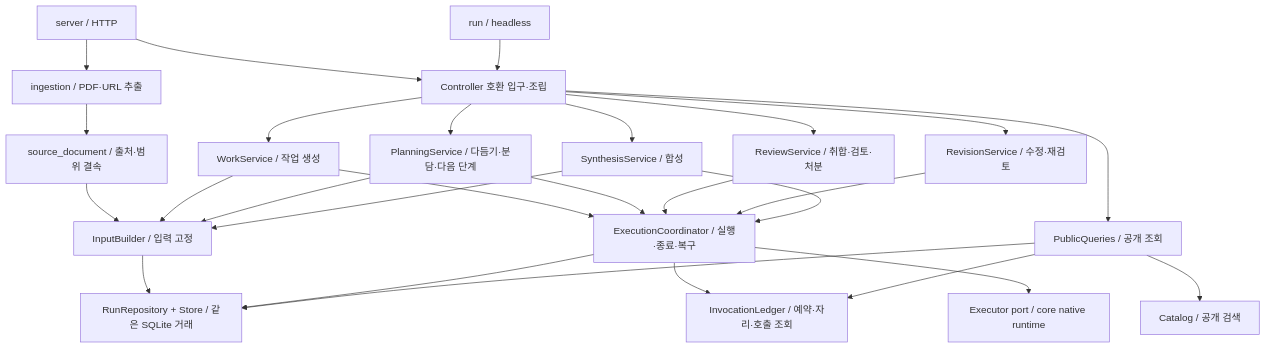
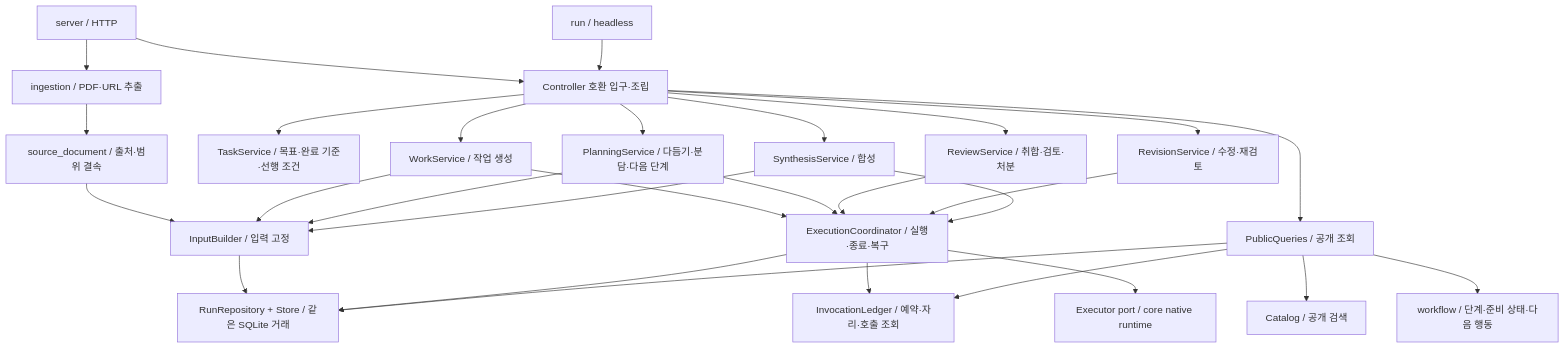
The diagram in app/ARCHITECTURE.md (inlight37-design/decision-model_lab), drawn with Mermaid before and after one commit. The commit also changed other lines of this file and 23 other files, not shown here.

````diff
--- a/app/ARCHITECTURE.md
+++ b/app/ARCHITECTURE.md
@@ -7,29 +7,31 @@
 ```mermaid
 flowchart TD
   HTTP[server / HTTP] --> F[Controller 호환 입구·조립]
   CLI[run / headless] --> F
   F --> W[WorkService / 작업 생성]
+  F --> T[TaskService / 목표·완료 기준·선행 조건]
   F --> P[PlanningService / 다듬기·분담·다음 단계]
   F --> R[ReviewService / 취합·검토·처분]
   F --> V[RevisionService / 수정·재검토]
   F --> S[SynthesisService / 합성]
   F --> Q[PublicQueries / 공개 조회]
   HTTP --> A[ingestion / PDF·URL 추출]
   A --> D[source_document / 출처·범위 결속]
   D --> I
   W --> I[InputBuilder / 입력 고정]
   P --> I
   S --> I
   W --> E[ExecutionCoordinator / 실행·종료·복구]
   P --> E
   R --> E
   V --> E
   S --> E
   E --> L[InvocationLedger / 예약·자리·호출 조회]
   Q --> L
   E --> X[Executor port / core native runtime]
   Q --> C[Catalog / 공개 검색]
+  Q --> WF[workflow / 단계·준비 상태·다음 행동]
   I --> DB[RunRepository + Store / 같은 SQLite 거래]
   E --> DB
   Q --> DB
 ```
````
